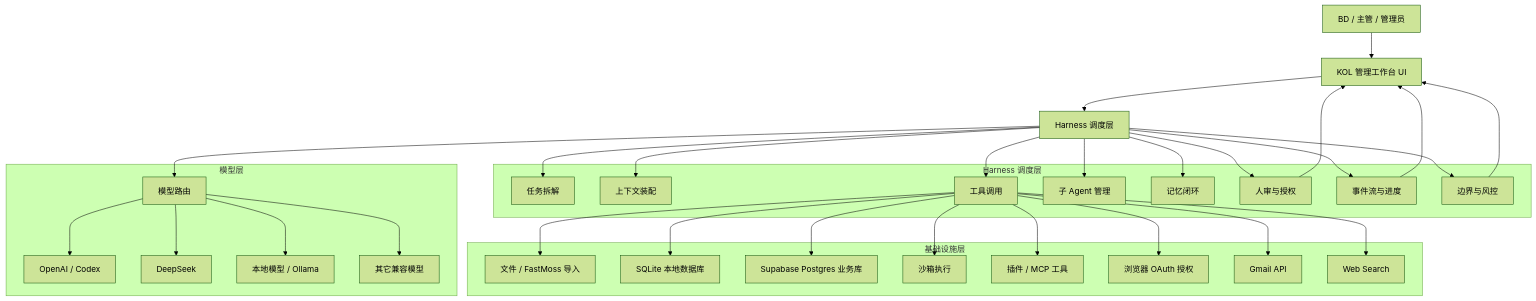
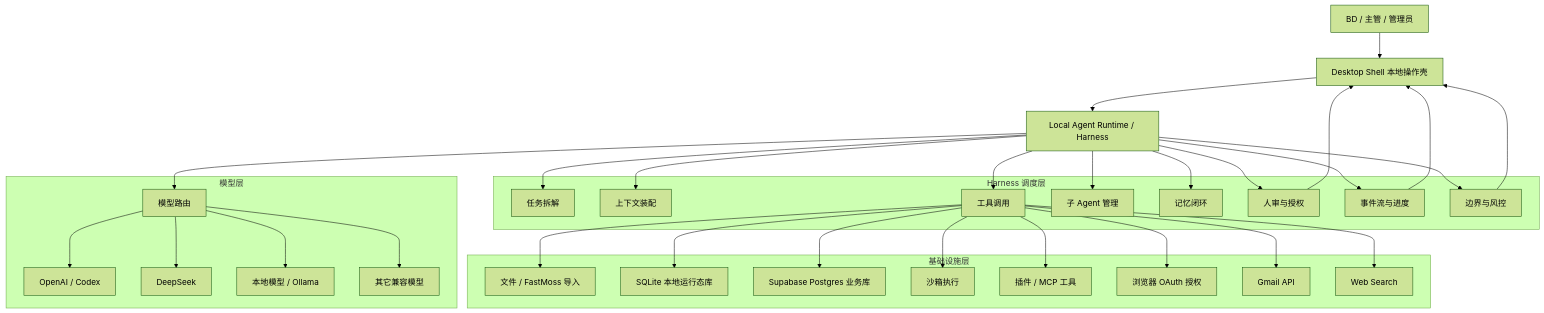
One commit to chasel120/kol-workbench changed the diagram in .agent_cache/project-upgrade/agent_harness_architecture.md. Above: the diagram before and after it, drawn with Mermaid (forest theme). The commit also changed other lines of this file and 17 other files, not shown here.

Commit message:
refactor: align workbench as local agent runtime

````diff
--- a/.agent_cache/project-upgrade/agent_harness_architecture.md
+++ b/.agent_cache/project-upgrade/agent_harness_architecture.md
@@ -18,64 +18,64 @@
 ```mermaid
 flowchart TB
-  User["BD / 主管 / 管理员"] --> UI["KOL 管理工作台 UI"]
+  User["BD / 主管 / 管理员"] --> UI["Desktop Shell 本地操作壳"]
 
-  UI --> Harness["Harness 调度层"]
+  UI --> Harness["Local Agent Runtime / Harness"]
 
   subgraph ModelLayer["模型层"]
     ModelRouter["模型路由"]
     OpenAI["OpenAI / Codex"]
     DeepSeek["DeepSeek"]
     LocalModel["本地模型 / Ollama"]
     ClaudeLike["其它兼容模型"]
   end
 
   subgraph HarnessLayer["Harness 调度层"]
     Planner["任务拆解"]
     Context["上下文装配"]
     ToolCalling["工具调用"]
     SubAgents["子 Agent 管理"]
     MemoryLoop["记忆闭环"]
     Approval["人审与授权"]
     Events["事件流与进度"]
     Guardrails["边界与风控"]
   end
 
   subgraph InfraLayer["基础设施层"]
     Files["文件 / FastMoss 导入"]
-    SQLite["SQLite 本地数据库"]
+    SQLite["SQLite 本地运行态库"]
     Supabase["Supabase Postgres 业务库"]
     Sandbox["沙箱执行"]
     Plugins["插件 / MCP 工具"]
     BrowserAuth["浏览器 OAuth 授权"]
     GmailAPI["Gmail API"]
     WebSearch["Web Search"]
   end
 
   Harness --> ModelRouter
   ModelRouter --> OpenAI
   ModelRouter --> DeepSeek
   ModelRouter --> LocalModel
   ModelRouter --> ClaudeLike
 
   Harness --> Planner
   Harness --> Context
   Harness --> ToolCalling
   Harness --> SubAgents
   Harness --> MemoryLoop
   Harness --> Approval
   Harness --> Events
   Harness --> Guardrails
 
   ToolCalling --> Files
   ToolCalling --> SQLite
   ToolCalling --> Supabase
   ToolCalling --> Sandbox
   ToolCalling --> Plugins
   ToolCalling --> BrowserAuth
   ToolCalling --> GmailAPI
   ToolCalling --> WebSearch
 
   Approval --> UI
   Events --> UI
   Guardrails --> UI
 ```
````
